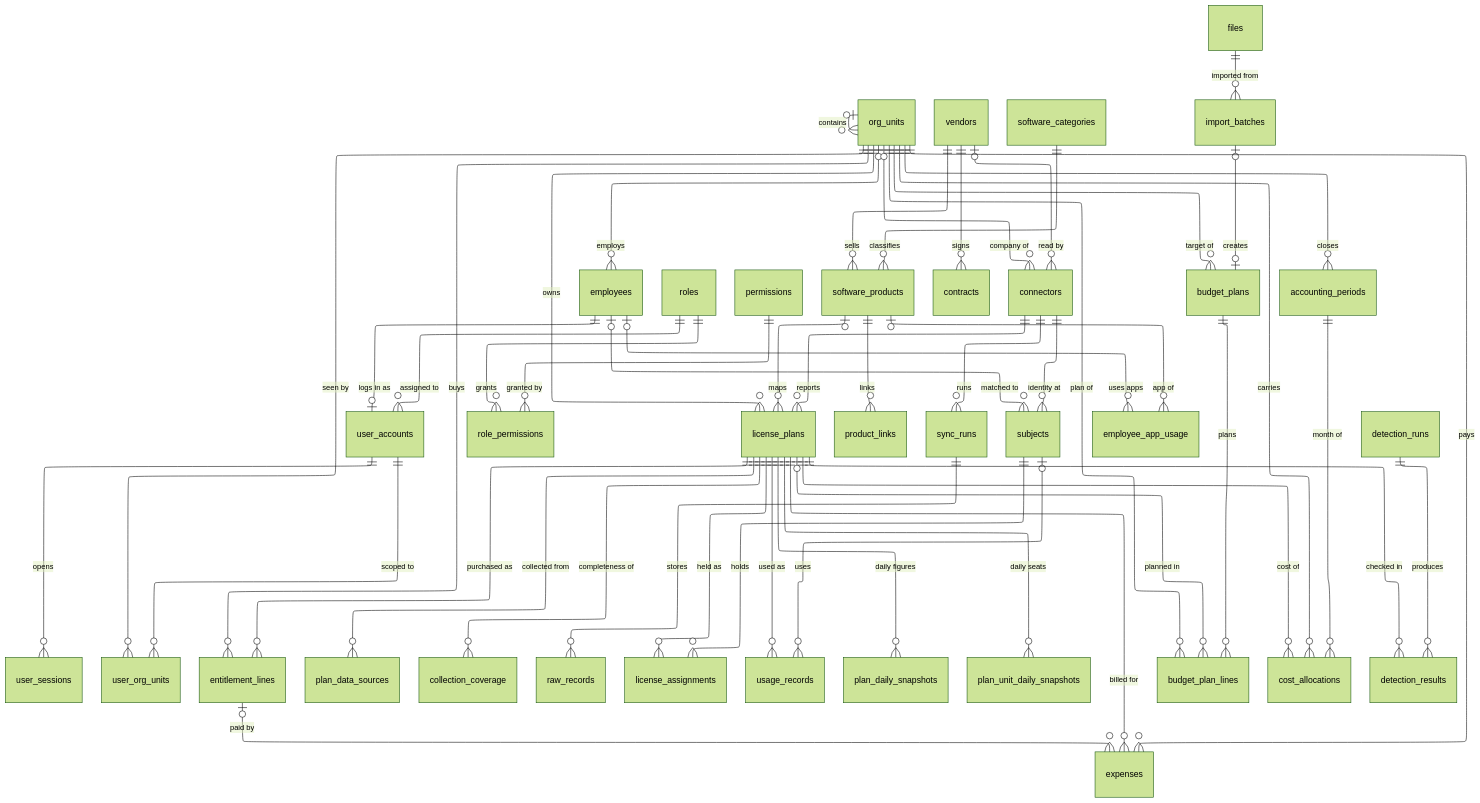
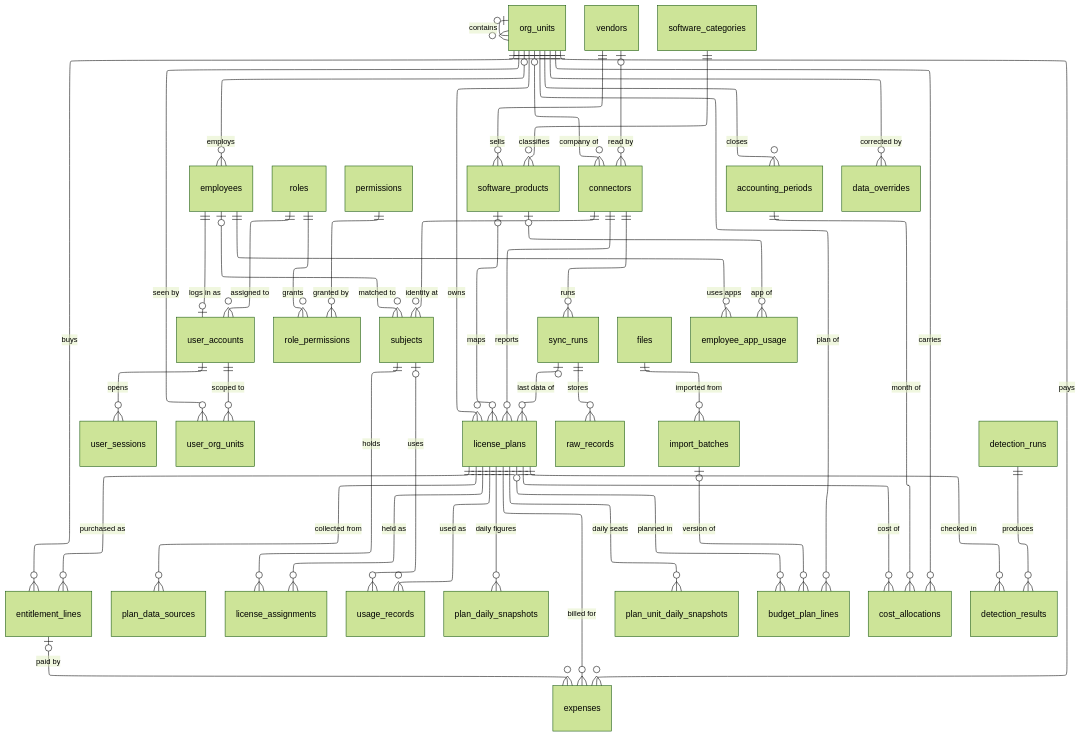
Before and after one commit to cuonglpv/VFast: the diagram in docs/database/diagrams/erd_overview.mmd, drawn with Mermaid (forest theme). The commit also changed 36 other files, not shown here.

```diff
--- a/docs/database/diagrams/erd_overview.mmd
+++ b/docs/database/diagrams/erd_overview.mmd
@@ -1,57 +1,54 @@
 ---
 config:
   layout: elk
   elk:
     mergeEdges: false
     nodePlacementStrategy: NETWORK_SIMPLEX
 ---
 erDiagram
     org_units |o--o{ org_units : "contains"
     org_units |o--o{ employees : "employs"
     employees ||--o| user_accounts : "logs in as"
     roles ||--o{ user_accounts : "assigned to"
     roles ||--o{ role_permissions : grants
     permissions ||--o{ role_permissions : "granted by"
     user_accounts ||--o{ user_sessions : opens
     user_accounts ||--o{ user_org_units : "scoped to"
     org_units ||--o{ user_org_units : "seen by"
     vendors ||--o{ software_products : sells
-    vendors ||--o{ contracts : signs
     software_categories ||--o{ software_products : classifies
     software_products |o--o{ license_plans : "maps"
-    software_products ||--o{ product_links : links
     org_units ||--o{ license_plans : owns
     license_plans ||--o{ entitlement_lines : "purchased as"
     org_units ||--o{ entitlement_lines : buys
     vendors |o--o{ connectors : "read by"
     org_units |o--o{ connectors : "company of"
     connectors ||--o{ license_plans : reports
     connectors ||--o{ sync_runs : runs
     license_plans ||--o{ plan_data_sources : "collected from"
-    license_plans ||--o{ collection_coverage : "completeness of"
+    sync_runs |o--o{ license_plans : "last data of"
     sync_runs ||--o{ raw_records : stores
     files ||--o{ import_batches : "imported from"
     connectors ||--o{ subjects : "identity at"
     employees |o--o{ subjects : "matched to"
     license_plans ||--o{ license_assignments : "held as"
     subjects ||--o{ license_assignments : holds
     license_plans ||--o{ usage_records : "used as"
     subjects |o--o{ usage_records : uses
     license_plans ||--o{ plan_daily_snapshots : "daily figures"
     license_plans ||--o{ plan_unit_daily_snapshots : "daily seats"
-    employees |o--o{ employee_app_usage : "uses apps"
+    employees ||--o{ employee_app_usage : "uses apps"
     software_products |o--o{ employee_app_usage : "app of"
-    org_units ||--o{ budget_plans : "target of"
-    import_batches |o--o| budget_plans : creates
-    budget_plans ||--o{ budget_plan_lines : plans
+    import_batches |o--o{ budget_plan_lines : "version of"
     license_plans |o--o{ budget_plan_lines : "planned in"
     org_units ||--o{ budget_plan_lines : "plan of"
     accounting_periods ||--o{ cost_allocations : "month of"
     license_plans ||--o{ cost_allocations : "cost of"
     org_units ||--o{ cost_allocations : carries
     license_plans ||--o{ expenses : "billed for"
     entitlement_lines |o--o{ expenses : "paid by"
     org_units ||--o{ expenses : pays
     org_units ||--o{ accounting_periods : closes
     detection_runs ||--o{ detection_results : produces
     license_plans ||--o{ detection_results : "checked in"
+    org_units ||--o{ data_overrides : "corrected by"
```
